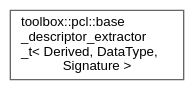
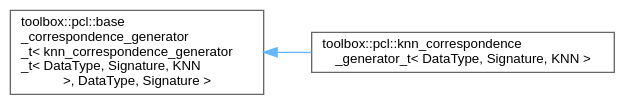
The diagram in inherit_graph_97.dot (nerdneilsfield/cpp-toolbox), drawn with Graphviz before and after one commit. The commit also changed 250 other files, not shown here.

```diff
--- a/inherit_graph_97.dot
+++ b/inherit_graph_97.dot
@@ -1,9 +1,11 @@
 digraph "Graphical Class Hierarchy"
 {
  // LATEX_PDF_SIZE
   bgcolor="transparent";
   edge [fontname=Helvetica,fontsize=10,labelfontname=Helvetica,labelfontsize=10];
   node [fontname=Helvetica,fontsize=10,shape=box,height=0.2,width=0.4];
   rankdir="LR";
-  Node0 [id="Node000000",label="toolbox::pcl::base\l_descriptor_extractor\l_t\< Derived, DataType,\l Signature \>",height=0.2,width=0.4,color="grey40", fillcolor="white", style="filled",URL="$classtoolbox_1_1pcl_1_1base__descriptor__extractor__t.html",tooltip="描述子提取器的基类（CRTP模式） / Base class for descriptor extractors (CRTP pattern)"];
+  Node0 [id="Node000000",label="toolbox::pcl::base\l_correspondence_generator\l_t\< knn_correspondence_generator\l_t\< DataType, Signature, KNN\l \>, DataType, Signature \>",height=0.2,width=0.4,color="grey40", fillcolor="white", style="filled",URL="$classtoolbox_1_1pcl_1_1base__correspondence__generator__t.html",tooltip=" "];
+  Node0 -> Node1 [id="edge90_Node000000_Node000001",dir="back",color="steelblue1",style="solid",tooltip=" "];
+  Node1 [id="Node000001",label="toolbox::pcl::knn_correspondence\l_generator_t\< DataType, Signature, KNN \>",height=0.2,width=0.4,color="grey40", fillcolor="white", style="filled",URL="$classtoolbox_1_1pcl_1_1knn__correspondence__generator__t.html",tooltip="基于KNN的对应点生成器 / KNN-based correspondence generator"];
 }
```
